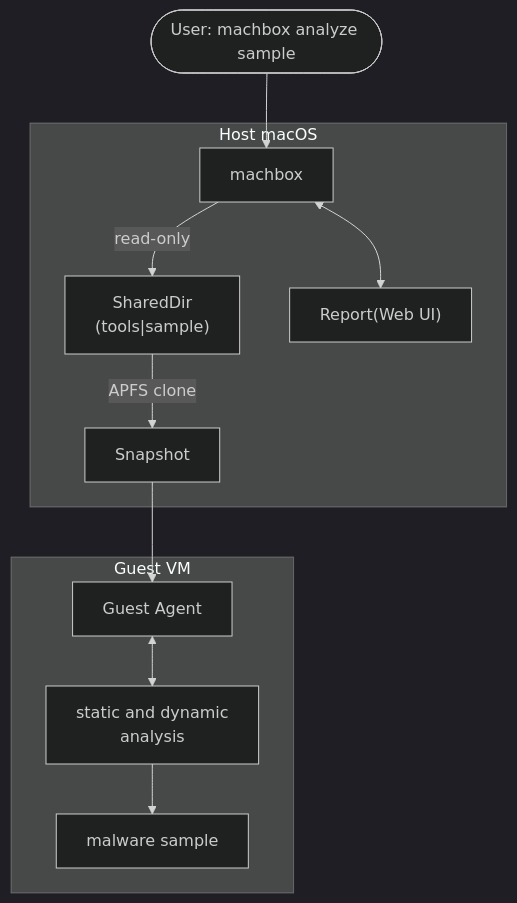
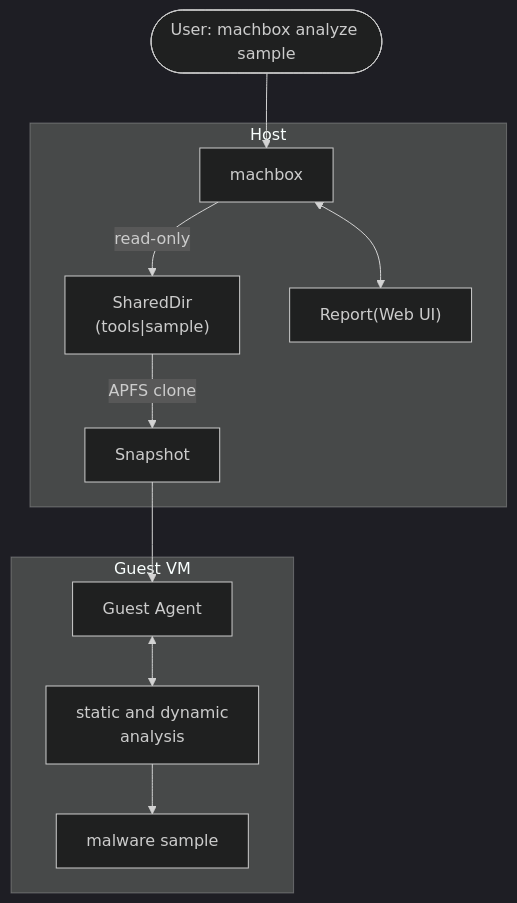
Before and after one commit to ac0d3r/machbox: the diagram in README.md, drawn with Mermaid (dark theme). The commit also changed other lines of this file and 1 other file, not shown here.

````diff
--- a/README.md
+++ b/README.md
@@ -18,25 +103,25 @@
 ```mermaid
 flowchart TB
     User(["User: machbox analyze sample"])
 
-    subgraph Host["Host macOS"]
+    subgraph Host["Host"]
         Machbox["machbox"]
         Snapshot["Snapshot"]
         ShareDir["SharedDir<br>(tools|sample)"]
         Report["Report(Web UI)"]
     end
 
     subgraph Guest["Guest VM"]
         Agent["Guest Agent"]
         Analysis["static and dynamic<br>analysis"]
         Sample["malware sample"]
     end
 
     User --> Machbox
     Machbox --> |read-only|ShareDir
     ShareDir --> |APFS clone|Snapshot
     Snapshot --> Agent
     Agent <--> Analysis
     Analysis --> Sample
     Machbox <--> Report
 ```
````
